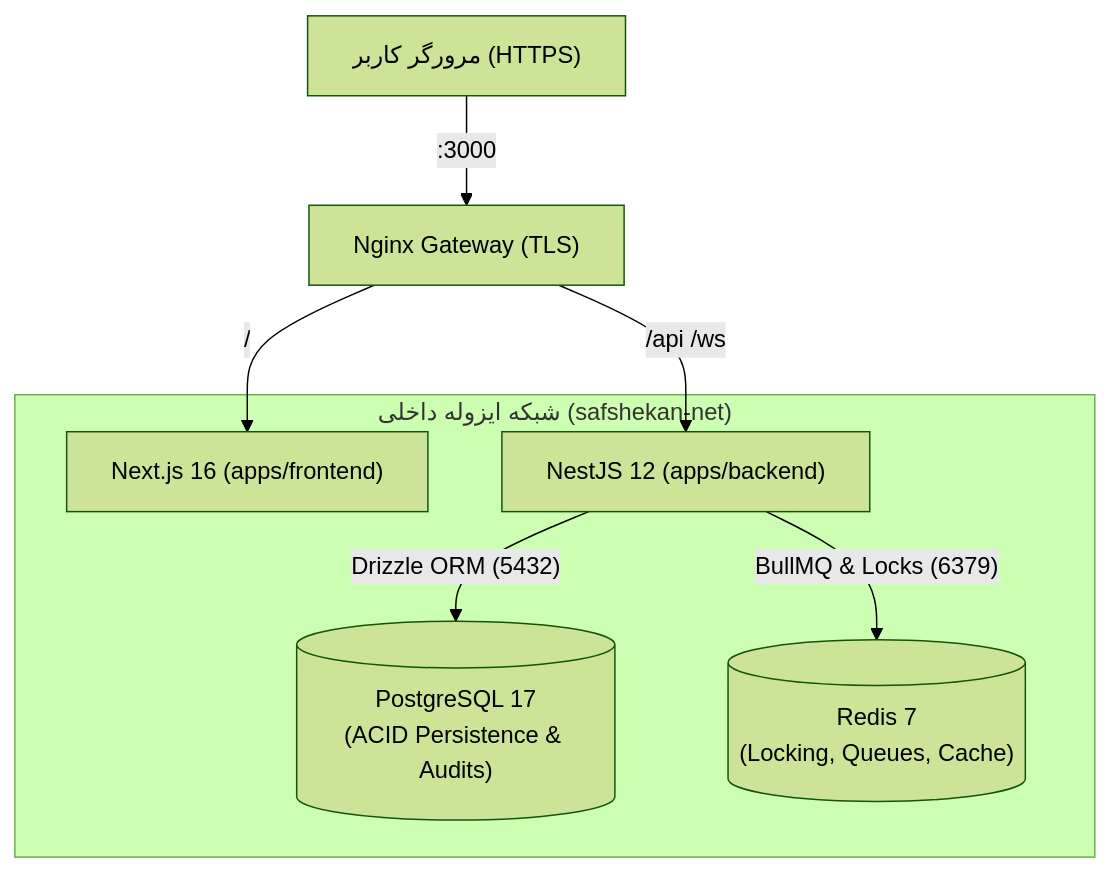
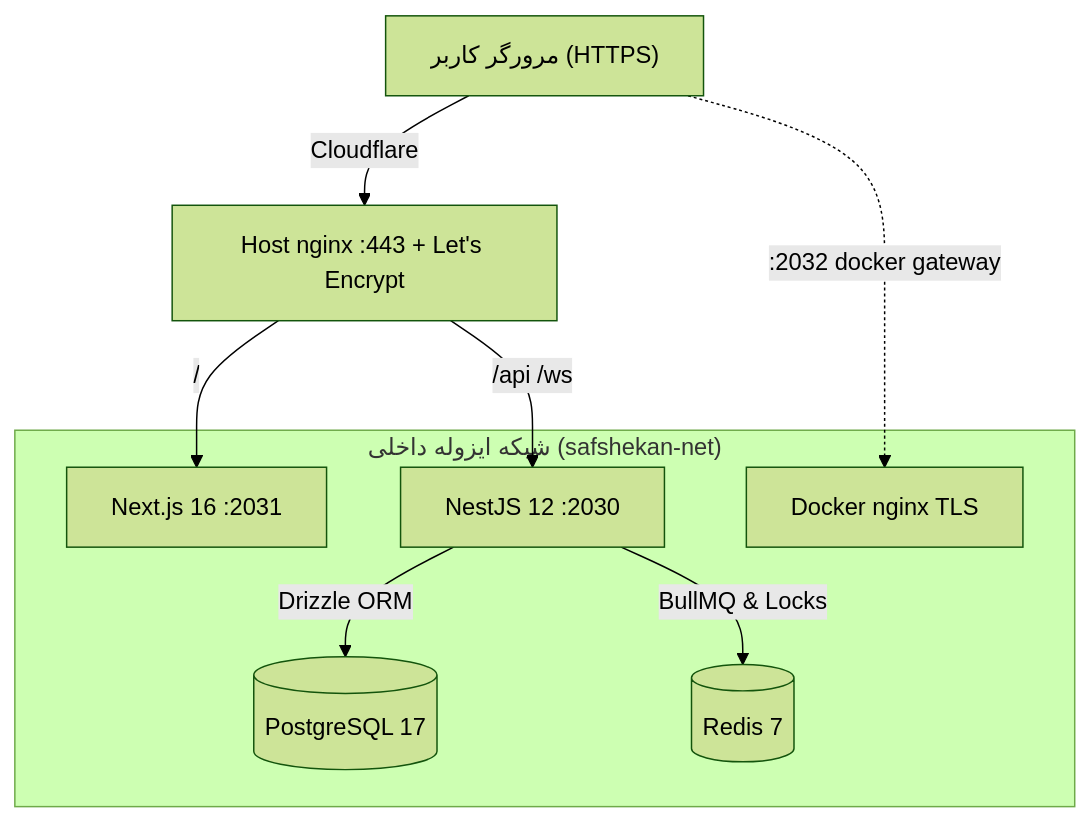
The diagram in DEPLOYMENT.md (RezaHosseini14/safshecan), drawn with Mermaid (forest theme) before and after one commit. The commit also changed other lines of this file and 10 other files, not shown here.

````diff
--- a/DEPLOYMENT.md
+++ b/DEPLOYMENT.md
@@ -9,16 +9,17 @@
 ```mermaid
 flowchart TD
-  Browser["مرورگر کاربر (HTTPS)"] -->|":3000"| Nginx["Nginx Gateway (TLS)"]
-  Nginx -->|"/"| Frontend["Next.js 16 (apps/frontend)"]
-  Nginx -->|"/api /ws"| Backend["NestJS 12 (apps/backend)"]
-  
+  Browser["مرورگر کاربر (HTTPS)"] -->|Cloudflare| HostNginx["Host nginx :443 + Let's Encrypt"]
+  HostNginx -->|"/"| Frontend["Next.js 16 :2031"]
+  HostNginx -->|"/api /ws"| Backend["NestJS 12 :2030"]
+  Browser -.->|":2032 docker gateway"| DockerNginx["Docker nginx TLS"]
+
   subgraph DockerNetwork ["شبکه ایزوله داخلی (safshekan-net)"]
     Frontend
     Backend
-    Postgres[("PostgreSQL 17\n(ACID Persistence & Audits)")]
-    Redis[("Redis 7\n(Locking, Queues, Cache)")]
-    
-    Backend -->|"Drizzle ORM (5432)"| Postgres
-    Backend -->|"BullMQ & Locks (6379)"| Redis
+    DockerNginx
+    Postgres[("PostgreSQL 17")]
+    Redis[("Redis 7")]
+    Backend -->|"Drizzle ORM"| Postgres
+    Backend -->|"BullMQ & Locks"| Redis
   end
 ```
````
